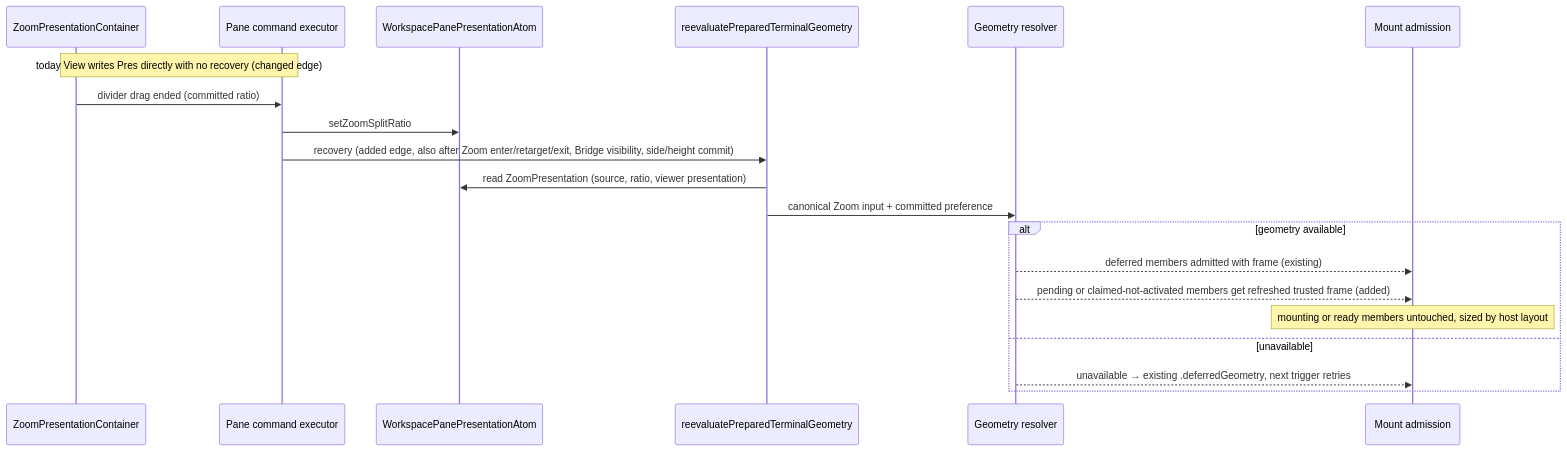
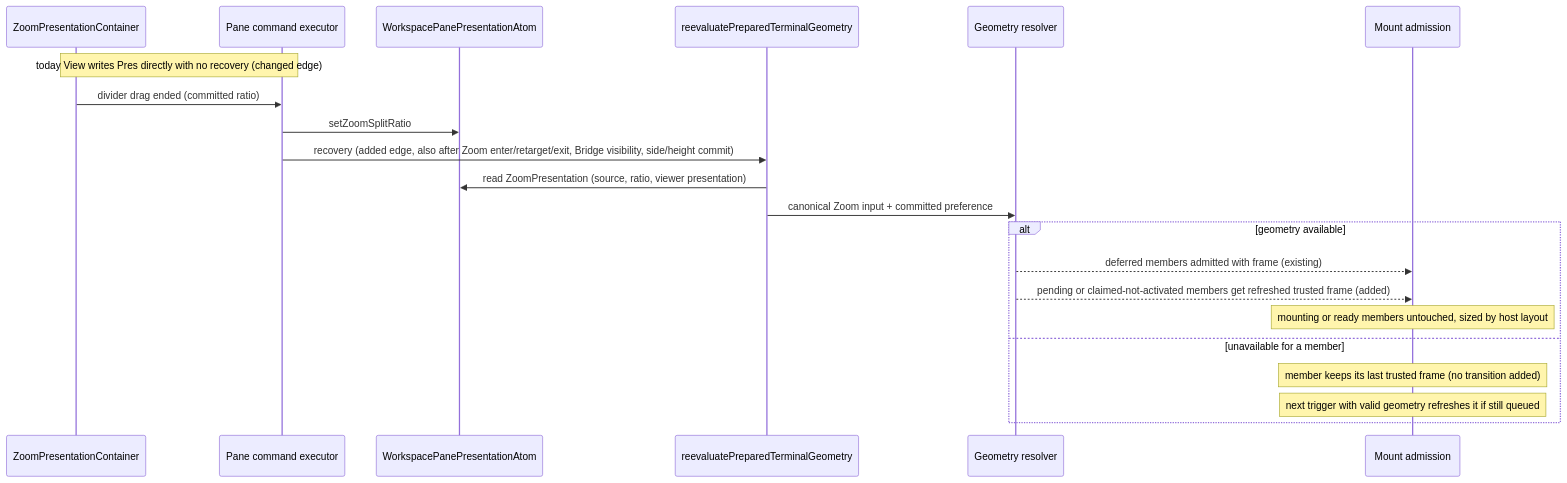
One commit to ShravanSunder/agentstudio changed the sixth of 6 diagrams in docs/specs/2026-09-13-drawer-presentation/program-design.md. Above: the diagram before and after it, drawn with Mermaid. The commit also changed other lines of this file, not shown here.

First line of the commit message:
Reconcile drawer frame currency with admission contracts after implementation review

````diff
--- a/docs/specs/2026-09-13-drawer-presentation/program-design.md
+++ b/docs/specs/2026-09-13-drawer-presentation/program-design.md
@@ -403,22 +404,23 @@
 ```mermaid
 sequenceDiagram
   participant View as ZoomPresentationContainer
   participant Exec as Pane command executor
   participant Pres as WorkspacePanePresentationAtom
   participant Rec as reevaluatePreparedTerminalGeometry
   participant Res as Geometry resolver
   participant Adm as Mount admission
   Note over View,Exec: today View writes Pres directly with no recovery (changed edge)
   View->>Exec: divider drag ended (committed ratio)
   Exec->>Pres: setZoomSplitRatio
   Exec->>Rec: recovery (added edge, also after Zoom enter/retarget/exit, Bridge visibility, side/height commit)
   Rec->>Pres: read ZoomPresentation (source, ratio, viewer presentation)
   Rec->>Res: canonical Zoom input + committed preference
   alt geometry available
     Res-->>Adm: deferred members admitted with frame (existing)
     Res-->>Adm: pending or claimed-not-activated members get refreshed trusted frame (added)
     Note over Adm: mounting or ready members untouched, sized by host layout
-  else unavailable
-    Res-->>Adm: unavailable → existing .deferredGeometry, next trigger retries
+  else unavailable for a member
+    Note over Adm: member keeps its last trusted frame (no transition added)
+    Note over Adm: next trigger with valid geometry refreshes it if still queued
   end
 ```
````
